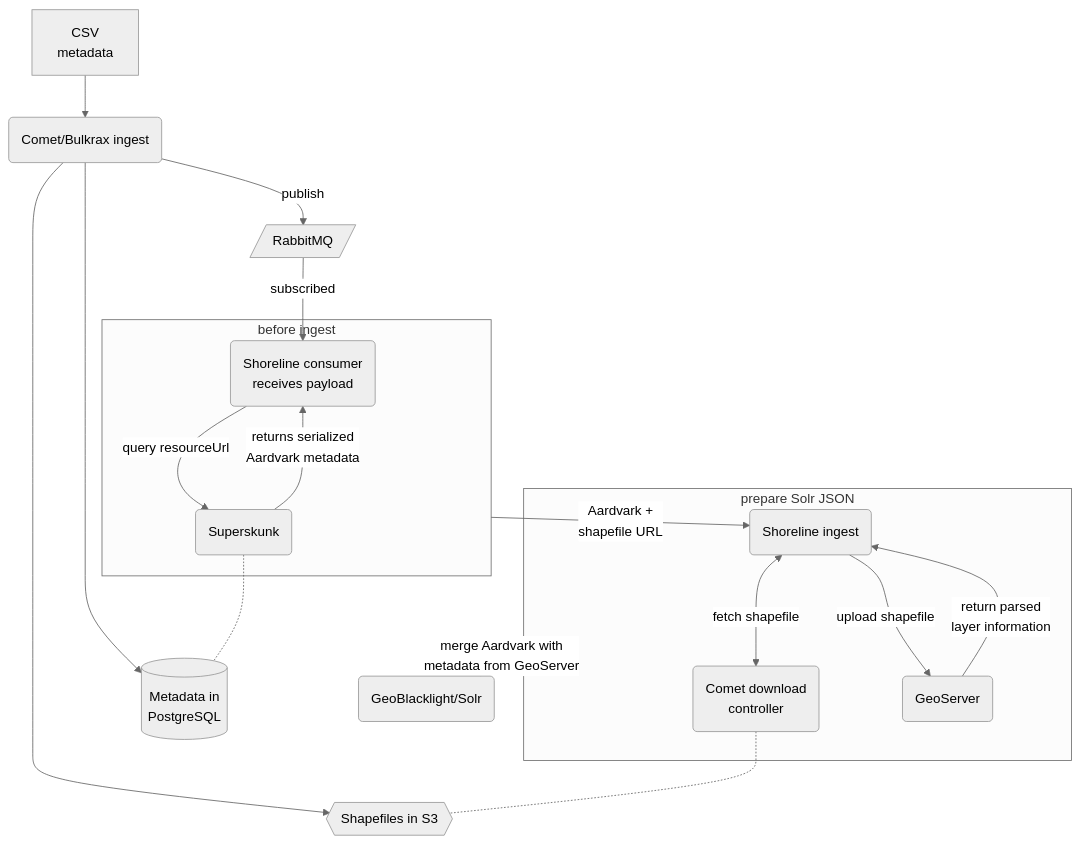
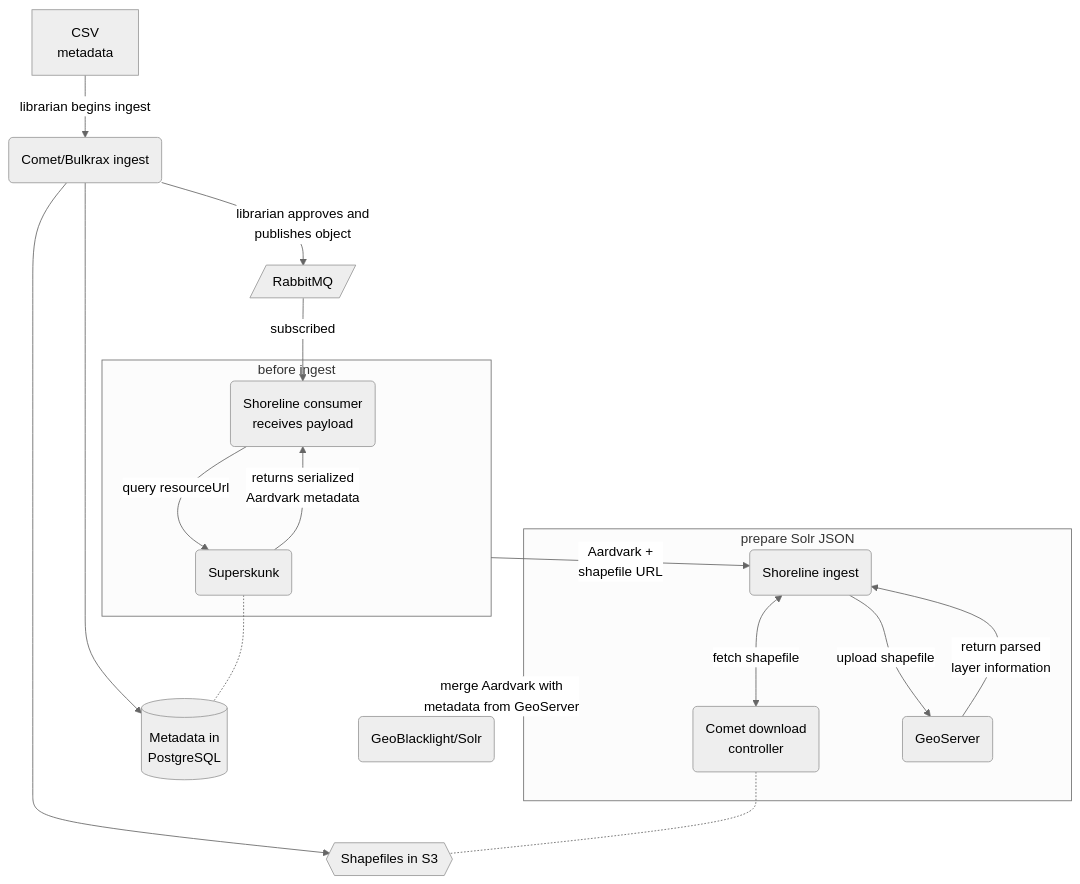
One commit to surfliner/surfliner-mirror changed the diagram in docs/themanual/comet/bulkrax.md. Above: the diagram before and after it, drawn with Mermaid (neutral theme). The commit also changed other lines of this file, not shown here.

Commit message:
docs: update comet->shoreline diagram with mediated workflow

````diff
--- a/docs/themanual/comet/bulkrax.md
+++ b/docs/themanual/comet/bulkrax.md
@@ -5,21 +5,21 @@
 ```mermaid
 flowchart TD
-    A[CSV \n metadata] --> B(Comet/Bulkrax ingest)
+    A[CSV \n metadata] --> |librarian begins ingest| B(Comet/Bulkrax ingest)
     B --> C[(Metadata in \n PostgreSQL)]
     B --> D{{Shapefiles in S3}}
-    B -->|publish| E[/RabbitMQ/]
+    B -->|librarian approves and \n publishes object| E[/RabbitMQ/]
     E -->|subscribed| F(Shoreline consumer \n receives payload)
     F -->|query resourceUrl| G(Superskunk)
     G -.- C
     subgraph b4 [before ingest]
     G -->|returns serialized \n Aardvark metadata| F
     end
     b4 -->|Aardvark + \n shapefile URL| H(Shoreline ingest)
     subgraph m1 [prepare Solr JSON]
     H <-->|fetch shapefile| J(Comet download \n controller)
     H -->|upload shapefile| I(GeoServer)
     I -->|return parsed \n layer information| H
     end
     J -.- D
     m1 -->|merge Aardvark with \n metadata from GeoServer| K(GeoBlacklight/Solr)
 ```
````
